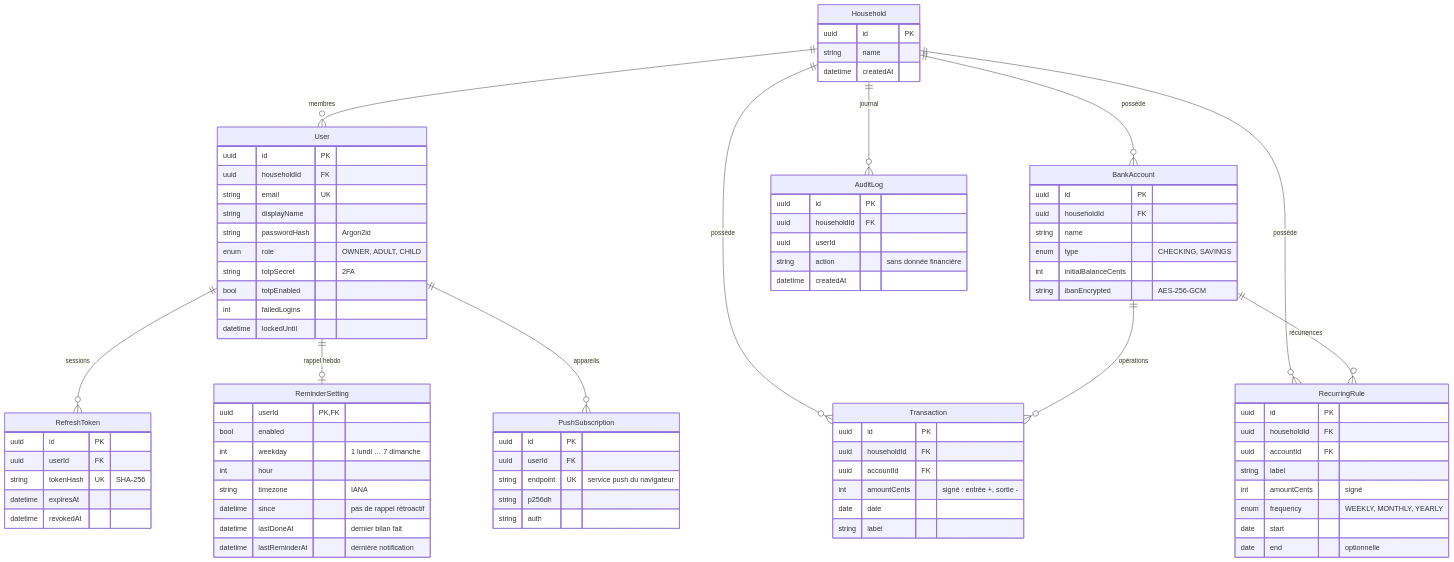
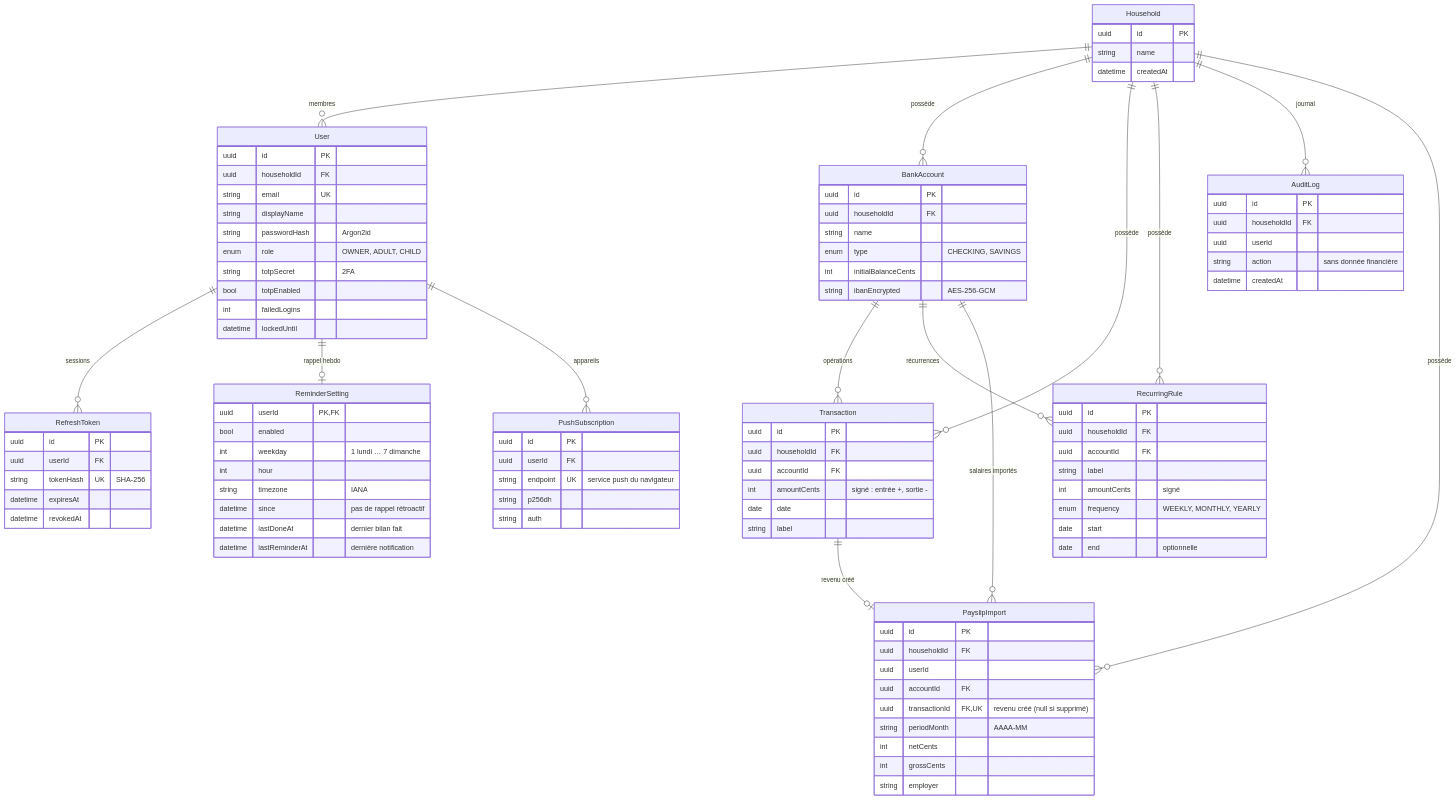
The diagram in README.md (Lolooo21/Gest-finance-), drawn with Mermaid before and after one commit. The commit also changed other lines of this file and 20 other files, not shown here.

```diff
--- a/README.md
+++ b/README.md
@@ -29,6 +29,9 @@
     User ||--o{ PushSubscription : "appareils"
     BankAccount ||--o{ Transaction : "opérations"
     BankAccount ||--o{ RecurringRule : "récurrences"
+    BankAccount ||--o{ PayslipImport : "salaires importés"
+    Transaction ||--o| PayslipImport : "revenu créé"
+    Household ||--o{ PayslipImport : "possède"
 
     Household {
         uuid id PK
@@ -94,6 +97,17 @@
         date date
         string label
     }
+    PayslipImport {
+        uuid id PK
+        uuid householdId FK
+        uuid userId
+        uuid accountId FK
+        uuid transactionId FK,UK "revenu créé (null si supprimé)"
+        string periodMonth "AAAA-MM"
+        int netCents
+        int grossCents
+        string employer
+    }
     RecurringRule {
         uuid id PK
         uuid householdId FK
```
